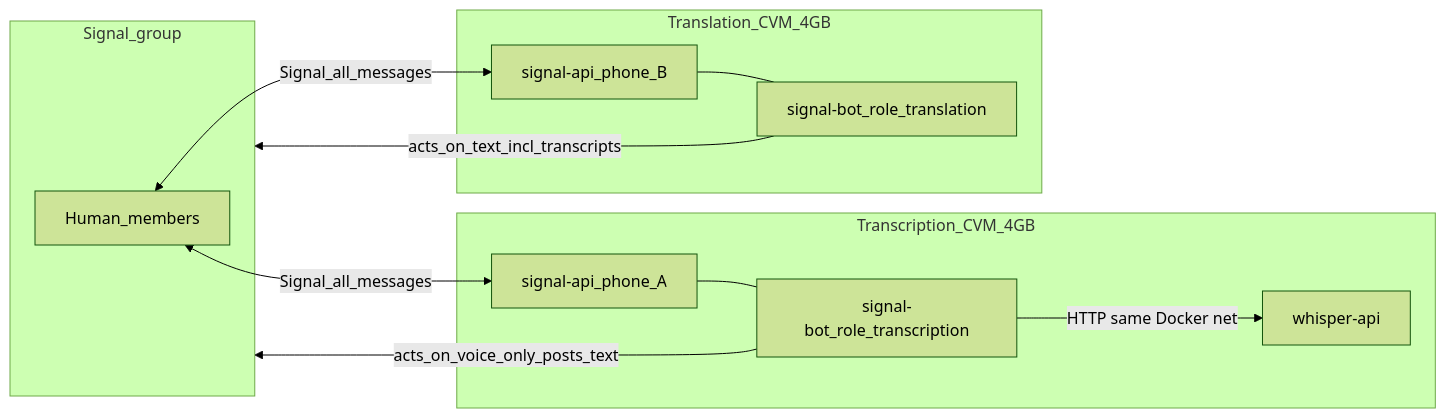
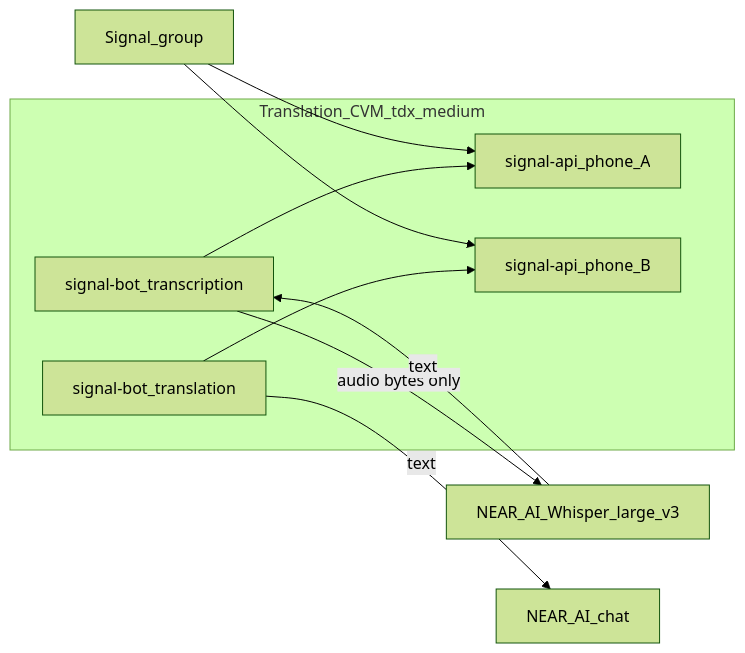
One commit to BreadchainCoop/sigstack-bot changed the diagram in docs/two-cvm-architecture.md. Above: the diagram before and after it, drawn with Mermaid (forest theme). The commit also changed other lines of this file and 41 other files, not shown here.

Commit message:
feat: replace cpu-tee whisper with near-ai large-v3 on one cvm

````diff
--- a/docs/two-cvm-architecture.md
+++ b/docs/two-cvm-architecture.md
@@ -22,22 +24,16 @@
 ```mermaid
 flowchart LR
-  subgraph group [Signal_group]
-    Users[Human_members]
+  subgraph oneCvm [Translation_CVM_tdx_medium]
+    sigA[signal-api_phone_A]
+    sigB[signal-api_phone_B]
+    txBot[signal-bot_transcription]
+    trBot[signal-bot_translation]
+    txBot --> sigA
+    trBot --> sigB
   end
-  subgraph txCVM [Transcription_CVM_4GB]
-    txApi[signal-api_phone_A]
-    whisper[whisper-api]
-    txBot[signal-bot_role_transcription]
-    txBot -->|"HTTP same Docker net"| whisper
-    txApi --- txBot
-  end
-  subgraph trCVM [Translation_CVM_4GB]
-    trApi[signal-api_phone_B]
-    trBot[signal-bot_role_translation]
-    trApi --- trBot
-  end
-  Users <-->|Signal_all_messages| txApi
-  Users <-->|Signal_all_messages| trApi
-  txBot -->|acts_on_voice_only_posts_text| group
-  trBot -->|acts_on_text_incl_transcripts| group
+  Users[Signal_group] --> sigA
+  Users --> sigB
+  txBot -->|"audio bytes only"| NearWhisper[NEAR_AI_Whisper_large_v3]
+  NearWhisper -->|text| txBot
+  trBot -->|"text"| NearChat[NEAR_AI_chat]
 ```
````
